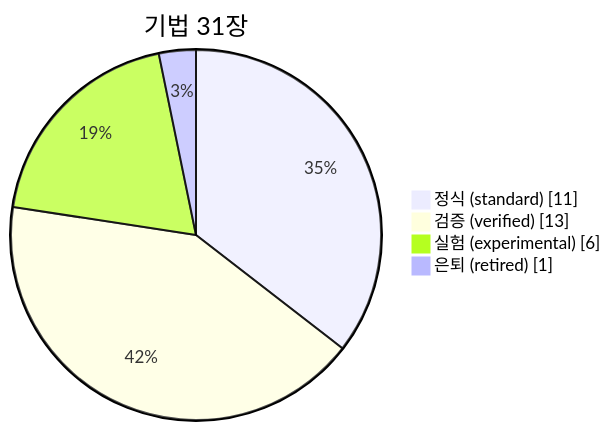
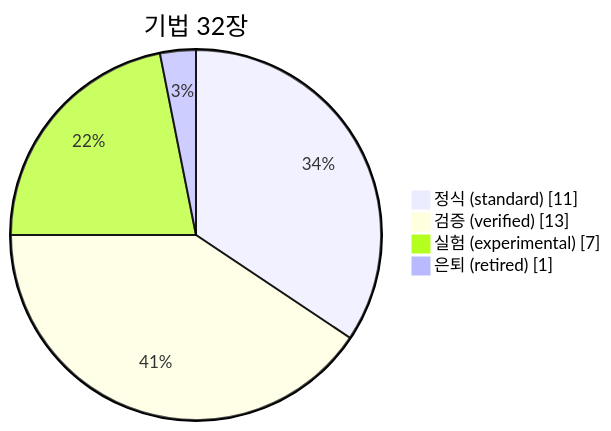
Before and after one commit to csbakk/clone-kb: the diagram in README.md, drawn with Mermaid. The commit also changed other lines of this file and 3 other files, not shown here.

````diff
--- a/README.md
+++ b/README.md
@@ -21,8 +21,8 @@
 ```mermaid
 pie showData
-    title 기법 31장
+    title 기법 32장
     "정식 (standard)" : 11
     "검증 (verified)" : 13
-    "실험 (experimental)" : 6
+    "실험 (experimental)" : 7
     "은퇴 (retired)" : 1
 ```
````
